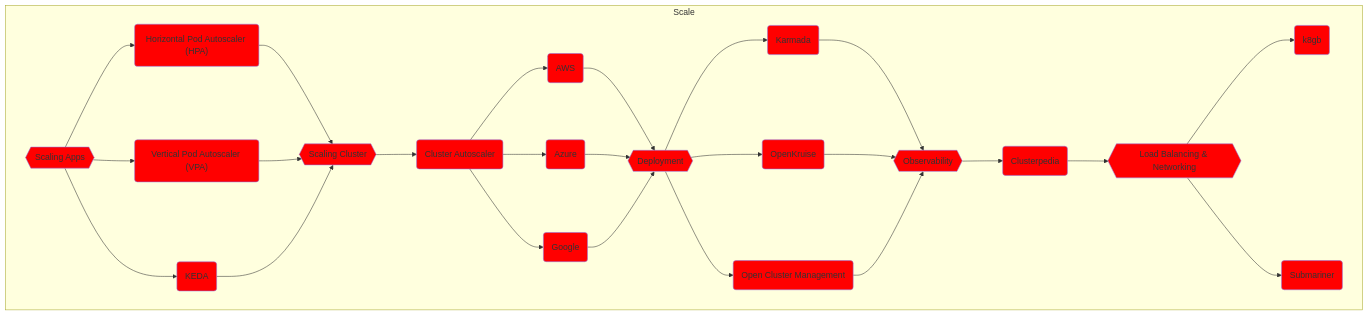
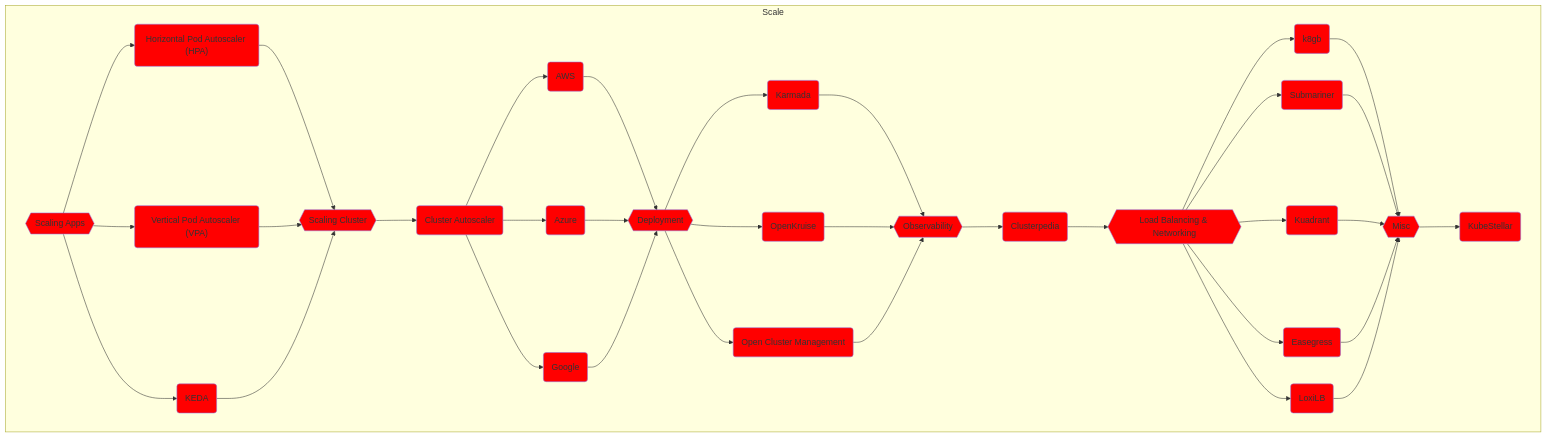
Before and after one commit to vfarcic/cncf-demo: the seventh of 11 diagrams in solution.md, drawn with Mermaid. The commit also changed other lines of this file and 18 other files, not shown here.

````diff
--- a/solution.md
+++ b/solution.md
@@ -840,63 +853,78 @@
 ```mermaid
 flowchart TD
 
     subgraph Scale
 
         %% -------------
         %% -- Scaling --
         %% -------------
         scaling{{Scaling Apps}}
         style scaling fill:red
         hpa("Horizontal Pod Autoscaler (HPA)")
         style hpa fill:red
         vpa("Vertical Pod Autoscaler (VPA)")
         style vpa fill:red
         keda(KEDA)
         style keda fill:red
         scaling-cluster{{Scaling Cluster}}
         style scaling-cluster fill:red
         cluster-autoscaler("Cluster Autoscaler")
         style cluster-autoscaler fill:red
         cluster-autoscaler-aws(AWS)
         style cluster-autoscaler-aws fill:red
         cluster-autoscaler-azure(Azure)
         style cluster-autoscaler-azure fill:red
         cluster-autoscaler-google(Google)
         style cluster-autoscaler-google fill:red
         scaling --> hpa & vpa & keda --> scaling-cluster --> cluster-autoscaler --> cluster-autoscaler-aws & cluster-autoscaler-azure & cluster-autoscaler-google --> deployment-mc
 
         %% ------------------------------
         %% -- Multi-Cluster Deployment --
         %% ------------------------------
         deployment-mc{{Deployment}}
         style deployment-mc fill:red
         deployment-mc-karmada(Karmada)
         style deployment-mc-karmada fill:red
         open-kruise(OpenKruise)
         style open-kruise fill:red
         ocm(Open Cluster Management)
         style ocm fill:red
         deployment-mc --> deployment-mc-karmada & open-kruise & ocm --> observability
 
         %% -------------------
         %% -- Observability --
         %% -------------------
         observability{{Observability}}
         style observability fill:red
         clusterpedia(Clusterpedia)
         style clusterpedia fill:red
         observability --> clusterpedia --> lb-mc
 
         %% ---------------------------------
         %% -- Load Balancing & Networking --
         %% ---------------------------------
         lb-mc{{Load Balancing & Networking}}
         style lb-mc fill:red
         lb-mc-k8gb(k8gb)
         style lb-mc-k8gb fill:red
         lb-mc-submariner(Submariner)
         style lb-mc-submariner fill:red
-        lb-mc --> lb-mc-k8gb & lb-mc-submariner
+        kuadrant(Kuadrant)
+        style kuadrant fill:red
+        easegress(Easegress)
+        style easegress fill:red
+        loxi-lb(LoxiLB)
+        style loxi-lb fill:red
+        lb-mc --> lb-mc-k8gb & lb-mc-submariner & kuadrant & easegress & loxi-lb --> misc
+
+        %% ----------
+        %% -- Misc --
+        %% ----------
+        misc{{Misc}}
+        style misc fill:red
+        kube-stellar(KubeStellar)
+        style kube-stellar fill:red
+        misc --> kube-stellar
 
     end
 ```
````
